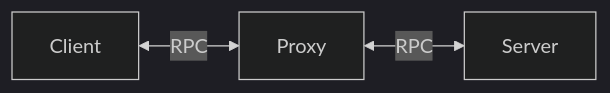
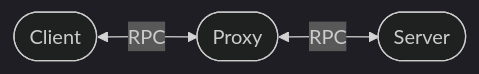
Before and after one commit to shinka-rpc/shinka-js: the fourth of 4 diagrams in docs/scenarios/pass-through.md, drawn with Mermaid (dark theme). The commit also changed other lines of this file and 2 other files, not shown here.

Commit message:
Fix mermaid diagrams

````diff
--- a/docs/scenarios/pass-through.md
+++ b/docs/scenarios/pass-through.md
@@ -168,9 +168,9 @@
 ```mermaid
 flowchart LR
-    C["Client"]
-    P["Proxy"]
-    S["Server"]
+    C(["Client"])
+    P(["Proxy"])
+    S(["Server"])
 
     C <-->|"RPC"| P
     P <-->|"RPC"| S
 ```
````
